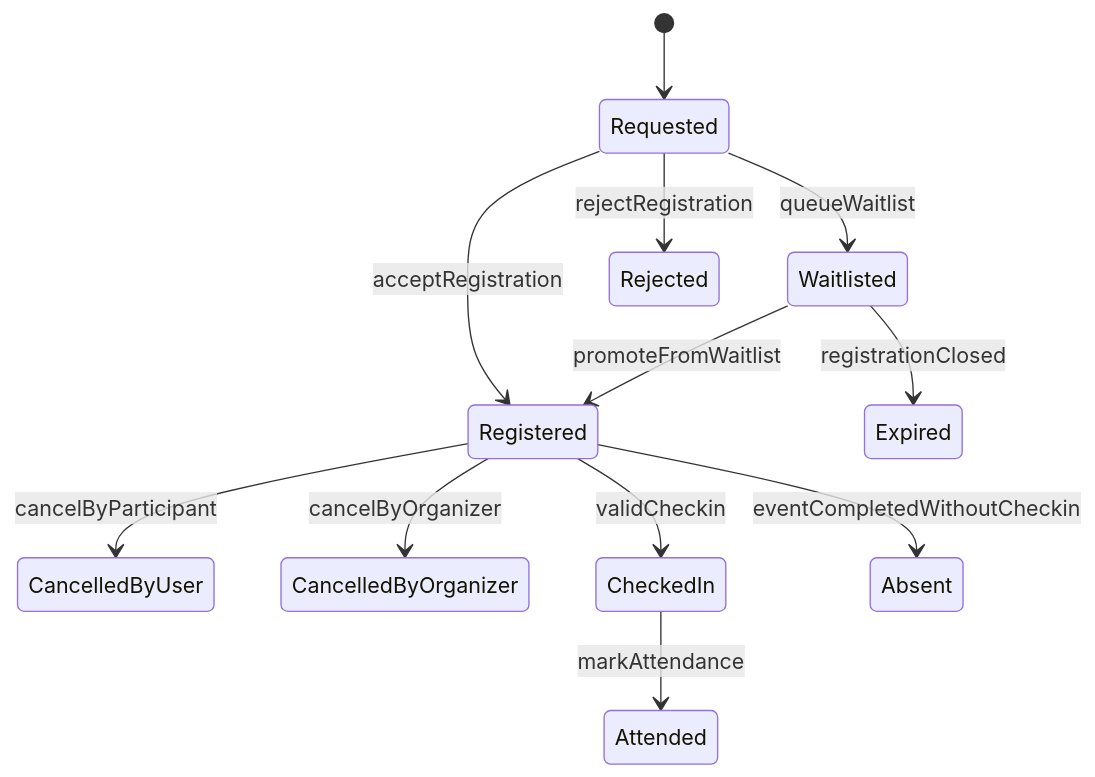
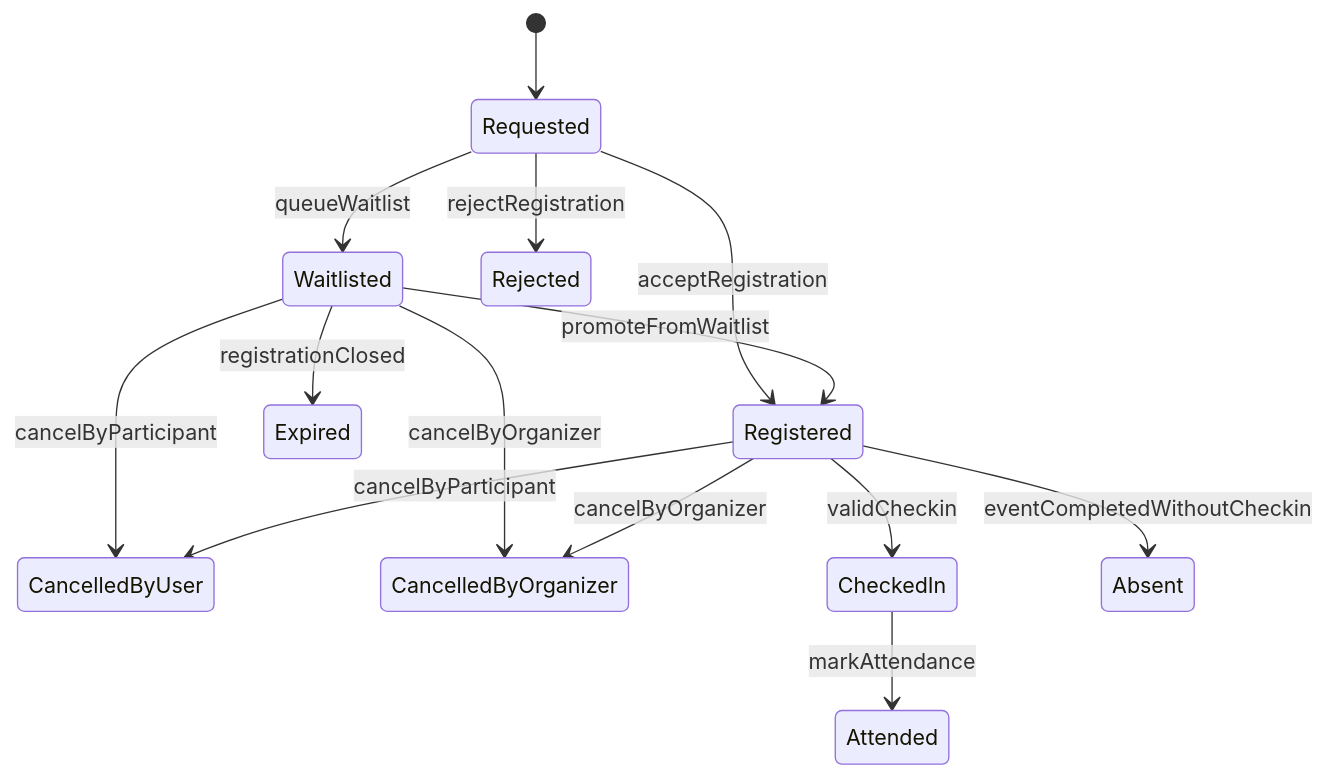
One commit to trannamtrung1st/ai-engineering-learning changed the second of 3 diagrams in projects/ai-harnessed_we-event-app/docs/brds/05-state-machine.md. Above: the diagram before and after it, drawn with Mermaid. The commit also changed other lines of this file and 28 other files, not shown here.

````diff
--- a/projects/ai-harnessed_we-event-app/docs/brds/05-state-machine.md
+++ b/projects/ai-harnessed_we-event-app/docs/brds/05-state-machine.md
@@ -32,14 +32,16 @@
 ```mermaid
 stateDiagram-v2
     [*] --> Requested
     Requested --> Registered: acceptRegistration
     Requested --> Waitlisted: queueWaitlist
     Requested --> Rejected: rejectRegistration
     Waitlisted --> Registered: promoteFromWaitlist
+    Waitlisted --> CancelledByUser: cancelByParticipant
+    Waitlisted --> CancelledByOrganizer: cancelByOrganizer
     Registered --> CancelledByUser: cancelByParticipant
     Registered --> CancelledByOrganizer: cancelByOrganizer
     Registered --> CheckedIn: validCheckin
     CheckedIn --> Attended: markAttendance
     Registered --> Absent: eventCompletedWithoutCheckin
     Waitlisted --> Expired: registrationClosed
 ```
````
